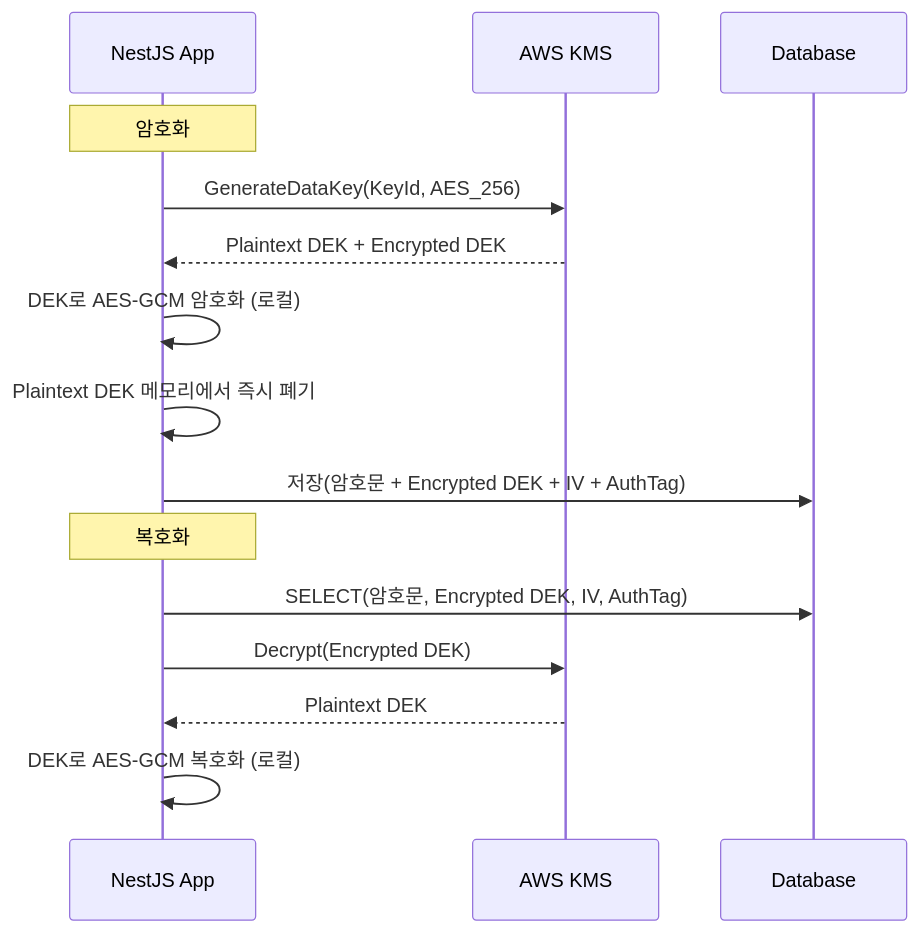
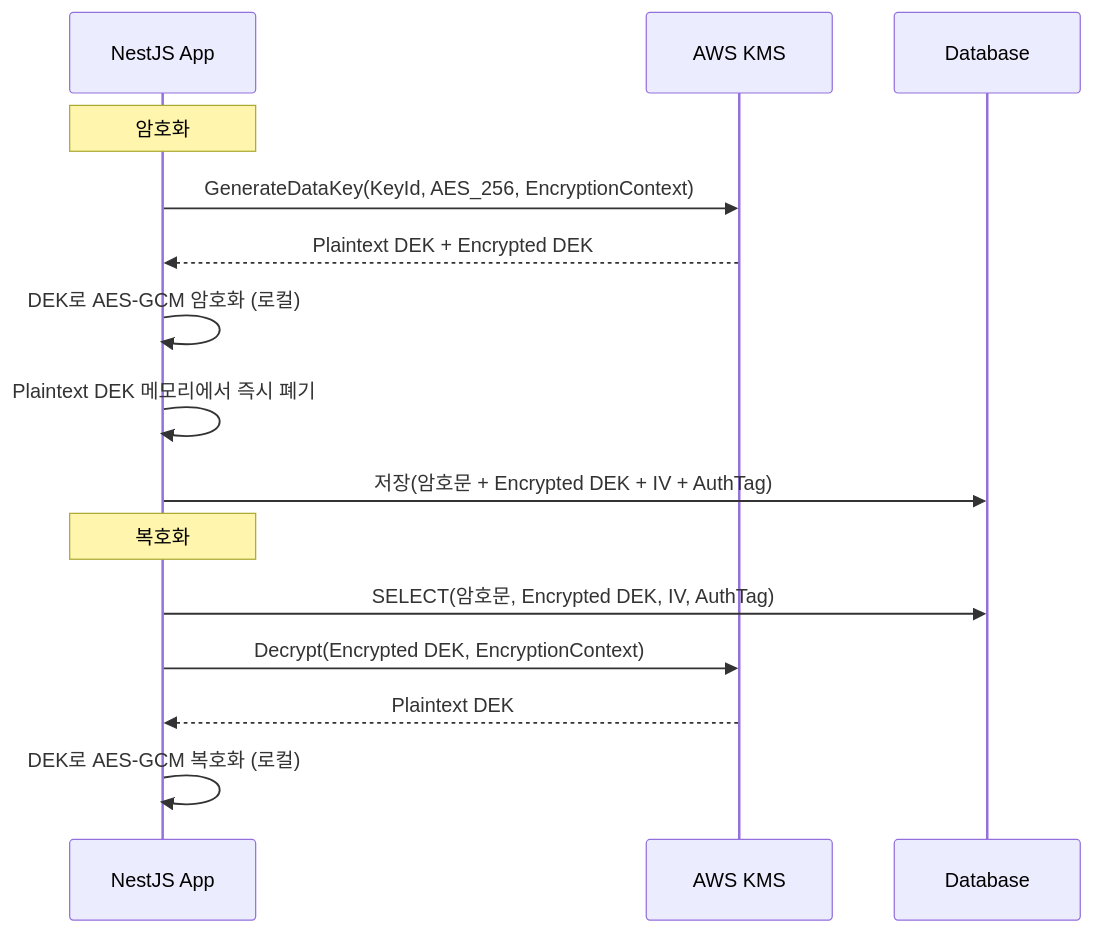
The second of 2 diagrams in Develop/Framework/Node/NestJS/Nest_JS_AWS_Secrets_Manager_KMS.md (GYUTORY/YGSTUDY), drawn with Mermaid before and after one commit. The commit also changed other lines of this file and 7 other files, not shown here.

````diff
--- a/Develop/Framework/Node/NestJS/Nest_JS_AWS_Secrets_Manager_KMS.md
+++ b/Develop/Framework/Node/NestJS/Nest_JS_AWS_Secrets_Manager_KMS.md
@@ -270,19 +452,19 @@
 ```mermaid
 sequenceDiagram
     participant App as NestJS App
     participant KMS as AWS KMS
     participant DB as Database
 
     Note over App: 암호화
-    App->>KMS: GenerateDataKey(KeyId, AES_256)
+    App->>KMS: GenerateDataKey(KeyId, AES_256, EncryptionContext)
     KMS-->>App: Plaintext DEK + Encrypted DEK
     App->>App: DEK로 AES-GCM 암호화 (로컬)
     App->>App: Plaintext DEK 메모리에서 즉시 폐기
     App->>DB: 저장(암호문 + Encrypted DEK + IV + AuthTag)
 
     Note over App: 복호화
     App->>DB: SELECT(암호문, Encrypted DEK, IV, AuthTag)
-    App->>KMS: Decrypt(Encrypted DEK)
+    App->>KMS: Decrypt(Encrypted DEK, EncryptionContext)
     KMS-->>App: Plaintext DEK
     App->>App: DEK로 AES-GCM 복호화 (로컬)
 ```
````
